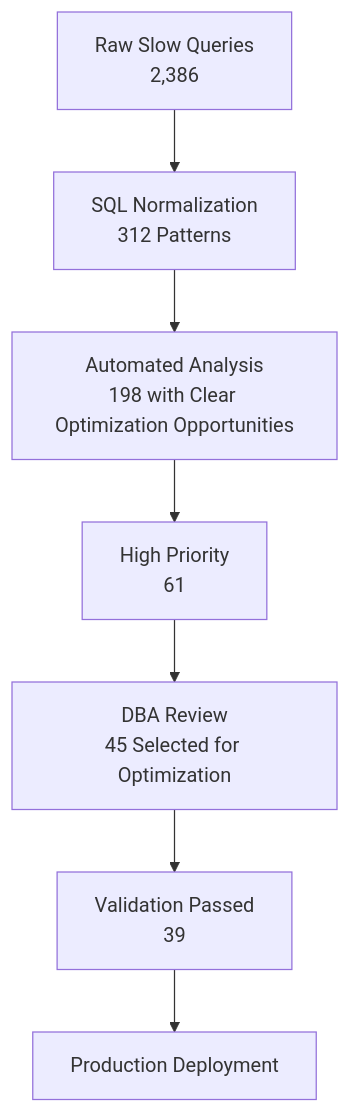
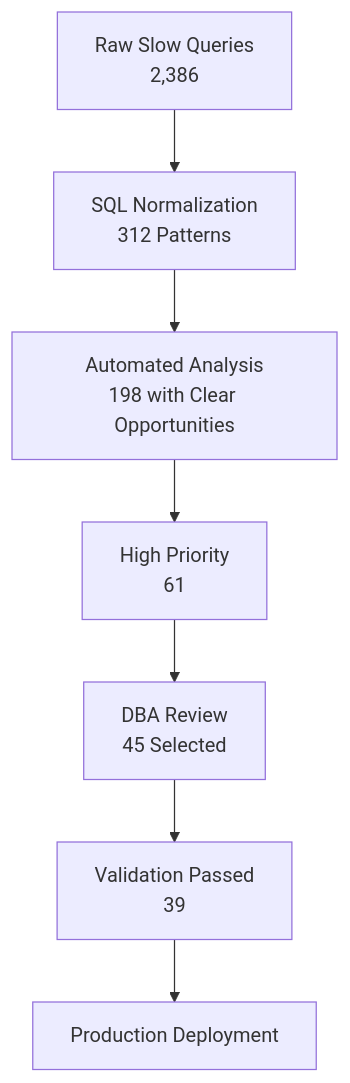
Before and after one commit to PawSQL/pawsql-docs-mantlify: the second of 3 diagrams in docs/en/use-cases/slow-sql-optimization.mdx, drawn with Mermaid. The commit also changed other lines of this file and 82 other files, not shown here.

````diff
--- a/docs/en/use-cases/slow-sql-optimization.mdx
+++ b/docs/en/use-cases/slow-sql-optimization.mdx
@@ -1057,7 +112,7 @@
 ```mermaid
 flowchart TD
     A["Raw Slow Queries<br/>2,386"] --> B["SQL Normalization<br/>312 Patterns"]
-    B --> C["Automated Analysis<br/>198 with Clear Optimization Opportunities"] --> D["High Priority<br/>61"]
-    D --> E["DBA Review<br/>45 Selected for Optimization"] --> F["Validation Passed<br/>39"]
+    B --> C["Automated Analysis<br/>198 with Clear Opportunities"] --> D["High Priority<br/>61"]
+    D --> E["DBA Review<br/>45 Selected"] --> F["Validation Passed<br/>39"]
     F --> G[Production Deployment]
 ```
````
